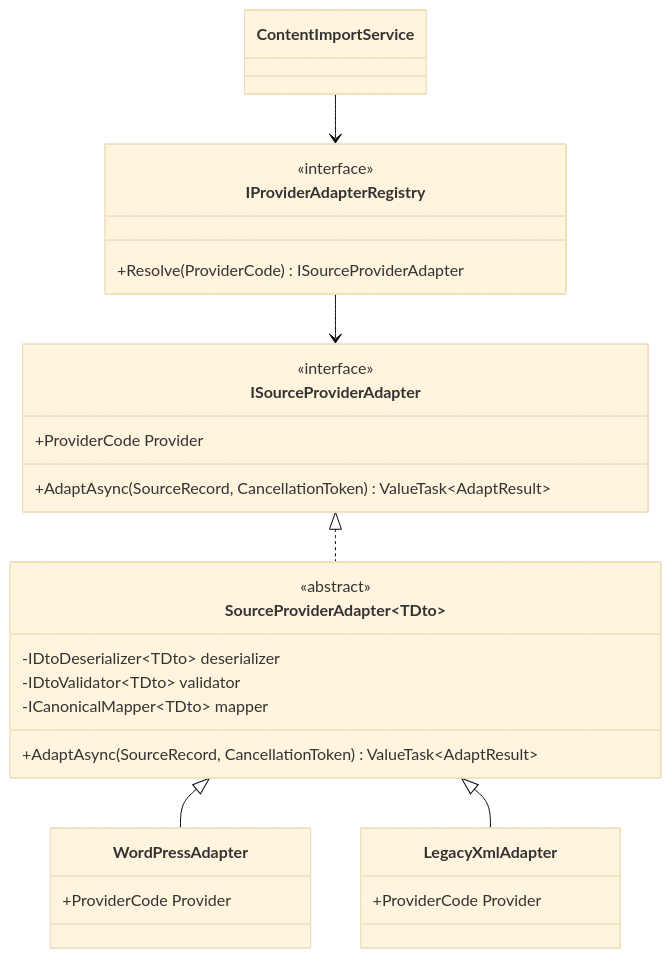
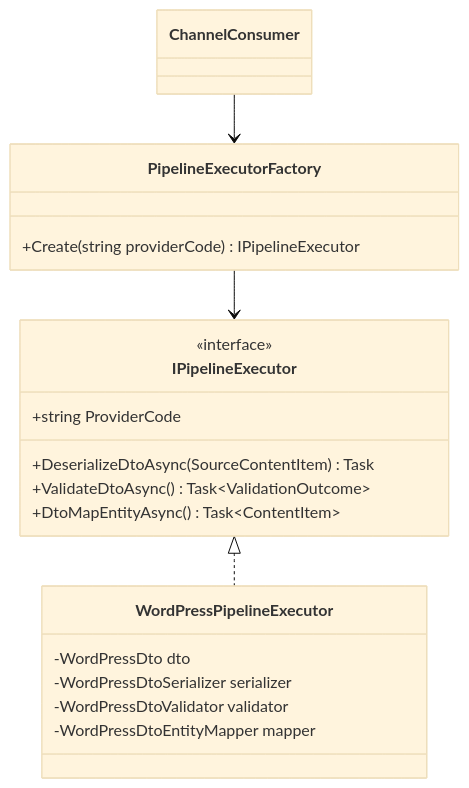
Before and after one commit to wancm/wcms: the second of 2 diagrams in PLAN.md, drawn with Mermaid (base theme). The commit also changed other lines of this file and 2 other files, not shown here.

````diff
--- a/PLAN.md
+++ b/PLAN.md
@@ -131,32 +161,22 @@
 ```mermaid
 classDiagram
-    class ISourceProviderAdapter {
+    class IPipelineExecutor {
         <<interface>>
-        +ProviderCode Provider
-        +AdaptAsync(SourceRecord, CancellationToken) ValueTask~AdaptResult~
+        +string ProviderCode
+        +DeserializeDtoAsync(SourceContentItem) Task
+        +ValidateDtoAsync() Task~ValidationOutcome~
+        +DtoMapEntityAsync() Task~ContentItem~
     }
-    class SourceProviderAdapter~TDto~ {
-        <<abstract>>
-        -IDtoDeserializer~TDto~ deserializer
-        -IDtoValidator~TDto~ validator
-        -ICanonicalMapper~TDto~ mapper
-        +AdaptAsync(SourceRecord, CancellationToken) ValueTask~AdaptResult~
+    class WordPressPipelineExecutor {
+        -WordPressDto dto
+        -WordPressDtoSerializer serializer
+        -WordPressDtoValidator validator
+        -WordPressDtoEntityMapper mapper
     }
-    class WordPressAdapter {
-        +ProviderCode Provider
+    class PipelineExecutorFactory {
+        +Create(string providerCode) IPipelineExecutor
     }
-    class LegacyXmlAdapter {
-        +ProviderCode Provider
-    }
-    class IProviderAdapterRegistry {
-        <<interface>>
-        +Resolve(ProviderCode) ISourceProviderAdapter
-    }
-    class ContentImportService
-
-    ISourceProviderAdapter <|.. SourceProviderAdapter~TDto~
-    SourceProviderAdapter~TDto~ <|-- WordPressAdapter
-    SourceProviderAdapter~TDto~ <|-- LegacyXmlAdapter
-    ContentImportService --> IProviderAdapterRegistry
-    IProviderAdapterRegistry --> ISourceProviderAdapter
+    IPipelineExecutor <|.. WordPressPipelineExecutor
+    PipelineExecutorFactory --> IPipelineExecutor
+    ChannelConsumer --> PipelineExecutorFactory
 ```
````
